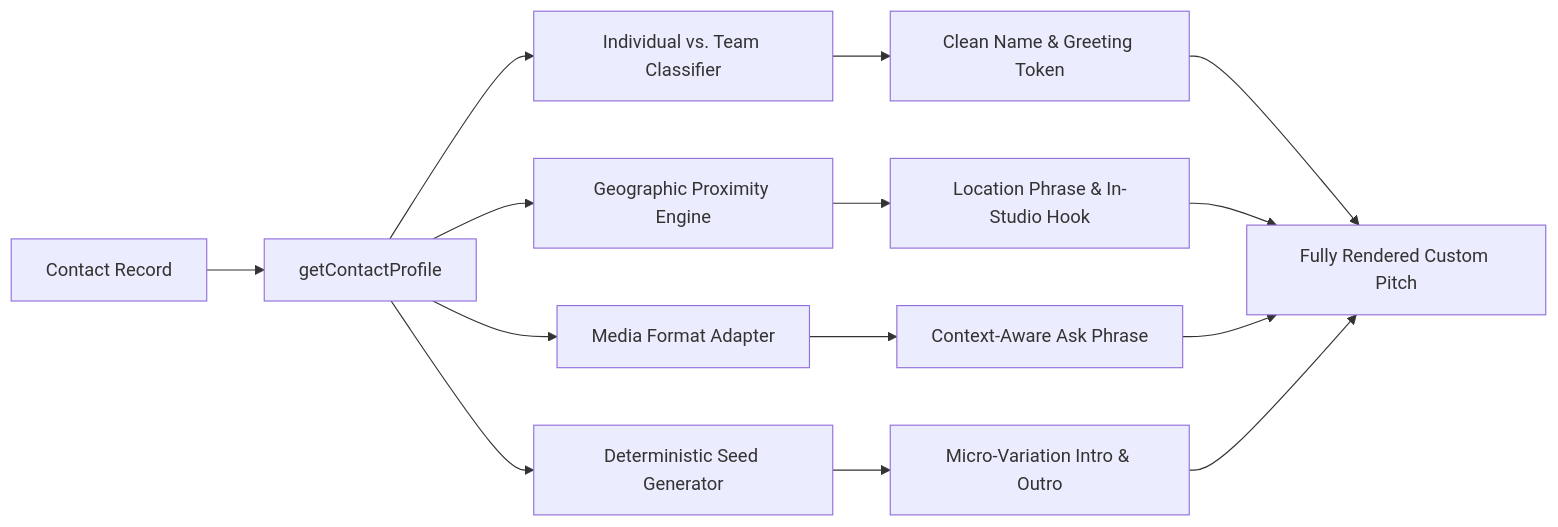
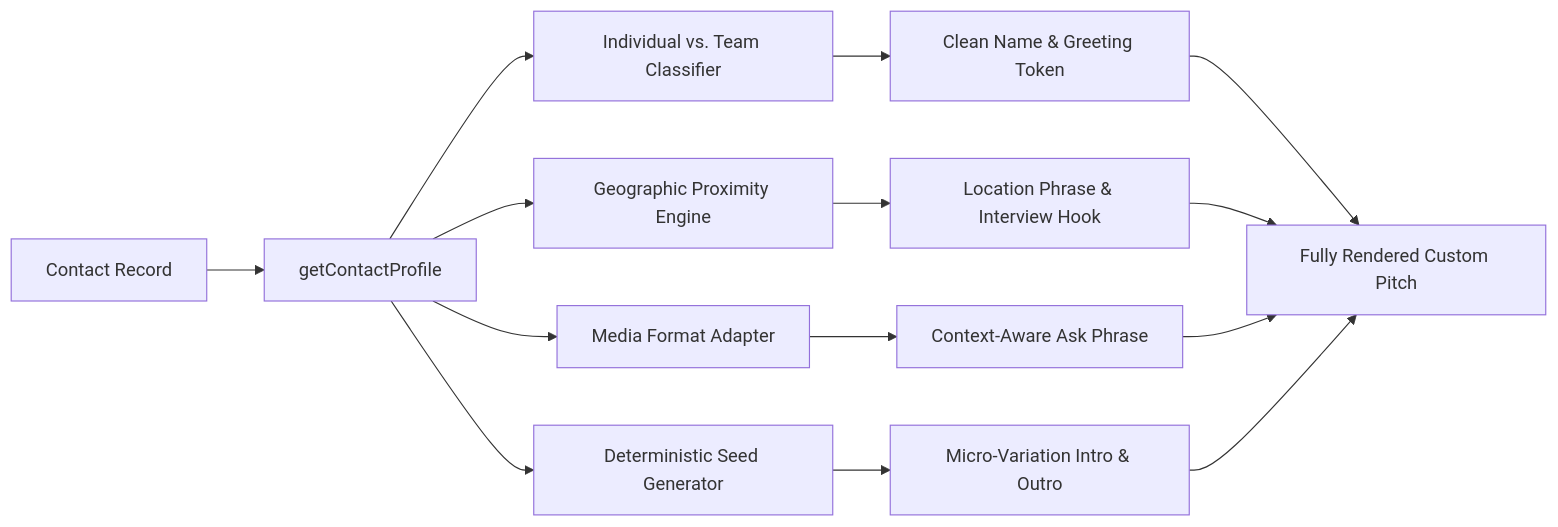
One commit to machine-faith/loren-and-sarahs-vintage-store changed the third of 5 diagrams in Love Banana Marketing Guy/SOUL_DOCUMENT.md. Above: the diagram before and after it, drawn with Mermaid. The commit also changed other lines of this file and 6 other files, not shown here.

````diff
--- a/Love Banana Marketing Guy/SOUL_DOCUMENT.md
+++ b/Love Banana Marketing Guy/SOUL_DOCUMENT.md
@@ -430,16 +430,16 @@
 ```mermaid
 flowchart LR
     A[Contact Record] --> B[getContactProfile]
     
     B --> C[Individual vs. Team Classifier]
     B --> D[Geographic Proximity Engine]
     B --> E[Media Format Adapter]
     B --> F[Deterministic Seed Generator]
     
     C --> G[Clean Name & Greeting Token]
-    D --> H[Location Phrase & In-Studio Hook]
+    D --> H[Location Phrase & Interview Hook]
     E --> I[Context-Aware Ask Phrase]
     F --> J[Micro-Variation Intro & Outro]
     
     G & H & I & J --> K[Fully Rendered Custom Pitch]
 ```
````
